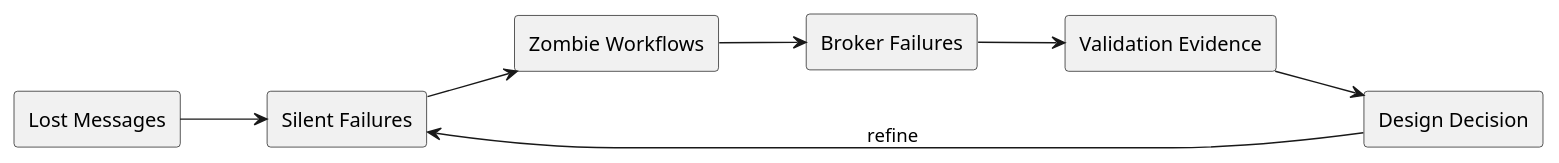
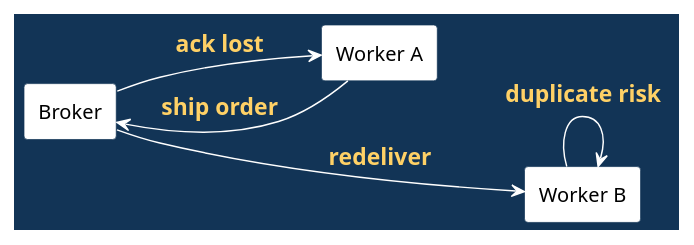
One commit to madajaju/CS5254 changed the fifth of 8 diagrams in doc/lectures/week10/lost_messages/README.slides.adoc. Above: the diagram before and after it, drawn with PlantUML. The commit also changed other lines of this file and 4 other files, not shown here.

```diff
--- a/doc/lectures/week10/lost_messages/README.slides.adoc
+++ b/doc/lectures/week10/lost_messages/README.slides.adoc
@@ -65,22 +286,61 @@
-[plantuml, target=architecture, format=svg, width=80%]
+[plantuml, target=race-window, format=svg, width=100%]
 ----
 @startuml
-skinparam monochrome true
+skinparam BackgroundColor #123456
+skinparam DefaultFontColor black
+skinparam ArrowColor white
+skinparam ArrowFontColor #ffd166
+skinparam ArrowFontStyle bold
+skinparam ArrowFontSize 16
+skinparam ActorBorderColor #123456
+skinparam ActorFontColor white
+skinparam participant {
+  BackgroundColor white
+  BorderColor #123456
+  FontColor black
+}
+skinparam sequence {
+  LifeLineBorderColor white
+  LifeLineBackgroundColor white
+  ParticipantBorderColor #123456
+  ParticipantBackgroundColor white
+  ParticipantFontColor black
+}
+skinparam rectangle {
+  BackgroundColor white
+  BorderColor #123456
+  FontColor black
+}
+skinparam database {
+  BackgroundColor white
+  BorderColor #123456
+  FontColor black
+}
+skinparam state {
+  BackgroundColor white
+  BorderColor #123456
+  FontColor black
+}
+skinparam activity {
+  BackgroundColor white
+  BorderColor #123456
+  FontColor black
+}
+skinparam note {
+  BackgroundColor white
+  BorderColor #123456
+  FontColor black
+}
 skinparam shadowing false
 left to right direction
 
-rectangle "Lost Messages" as Topic
-rectangle "Silent Failures" as A
-rectangle "Zombie Workflows" as B
-rectangle "Broker Failures" as C
-rectangle "Validation Evidence" as V
-rectangle "Design Decision" as D
+rectangle "Worker A" as A
+rectangle "Broker" as B
+rectangle "Worker B" as C
 
-Topic --> A
-A --> B
-B --> C
-C --> V
-V --> D
-D --> A : refine
+A --> B : ship order
+B -> A : ack lost
+B ---> C : redeliver
+C --> C : duplicate risk
 @enduml
 ----
```
